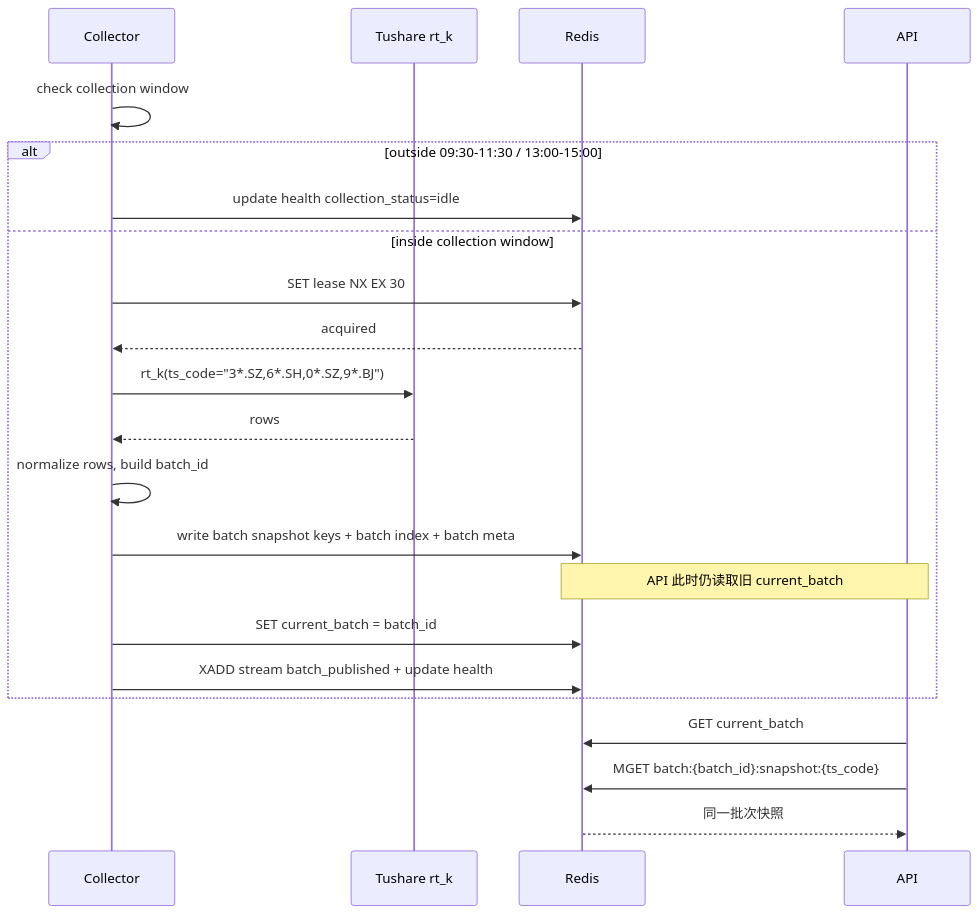
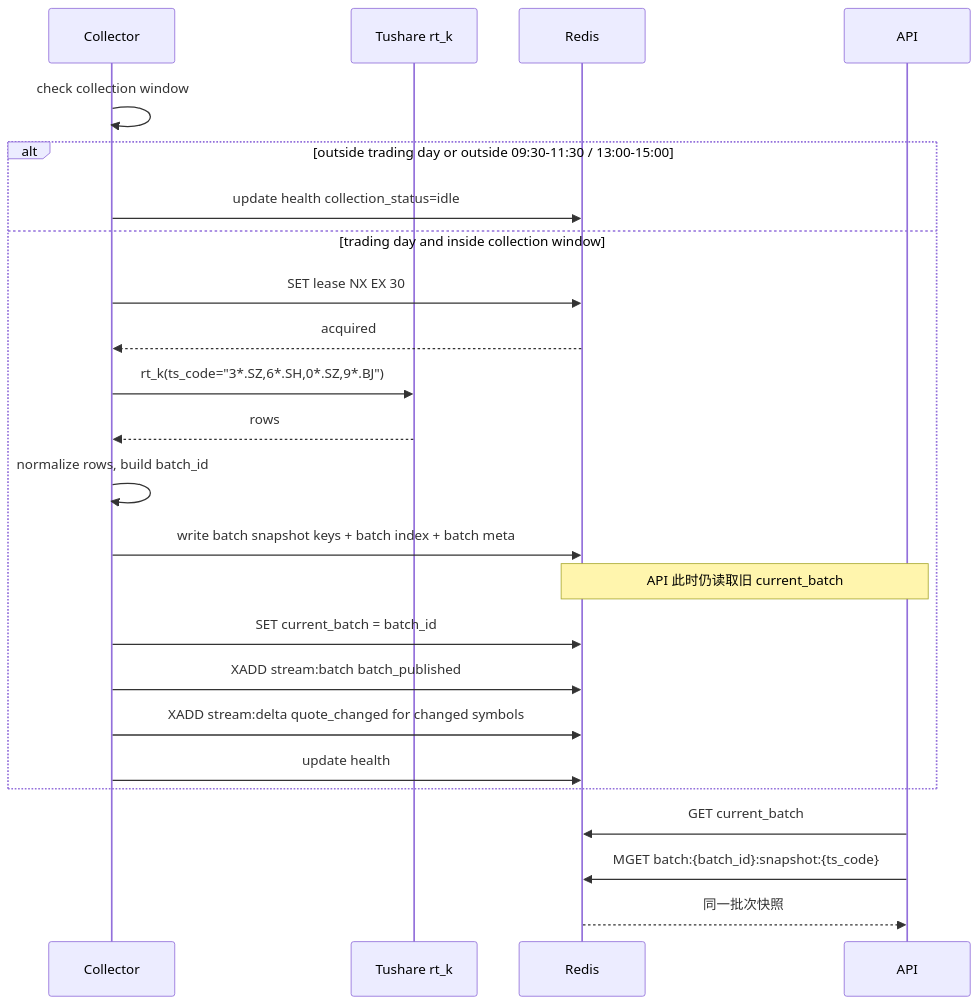
Before and after one commit to chiuser/goldenshare: the second of 2 diagrams in docs/architecture/realtime-market-data-stream-technical-plan-v1.md, drawn with Mermaid. The commit also changed other lines of this file and 28 other files, not shown here.

````diff
--- a/docs/architecture/realtime-market-data-stream-technical-plan-v1.md
+++ b/docs/architecture/realtime-market-data-stream-technical-plan-v1.md
@@ -299,25 +458,27 @@
 ```mermaid
 sequenceDiagram
   participant C as Collector
   participant T as Tushare rt_k
   participant R as Redis
   participant A as API
 
   C->>C: check collection window
-  alt outside 09:30-11:30 / 13:00-15:00
+  alt outside trading day or outside 09:30-11:30 / 13:00-15:00
     C->>R: update health collection_status=idle
-  else inside collection window
+  else trading day and inside collection window
   C->>R: SET lease NX EX 30
   R-->>C: acquired
   C->>T: rt_k(ts_code="3*.SZ,6*.SH,0*.SZ,9*.BJ")
   T-->>C: rows
   C->>C: normalize rows, build batch_id
   C->>R: write batch snapshot keys + batch index + batch meta
   Note over A,R: API 此时仍读取旧 current_batch
   C->>R: SET current_batch = batch_id
-  C->>R: XADD stream batch_published + update health
+  C->>R: XADD stream:batch batch_published
+  C->>R: XADD stream:delta quote_changed for changed symbols
+  C->>R: update health
   end
   A->>R: GET current_batch
   A->>R: MGET batch:{batch_id}:snapshot:{ts_code}
   R-->>A: 同一批次快照
 ```
````
